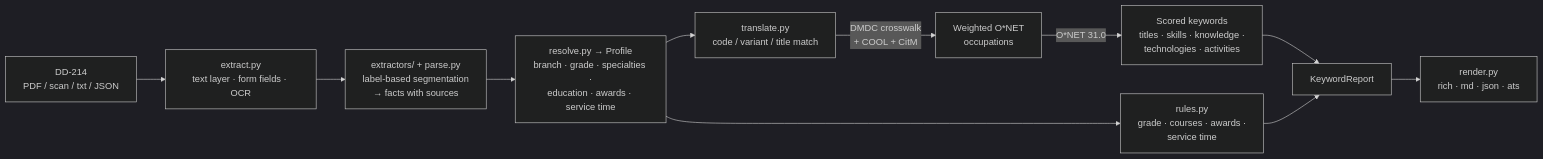
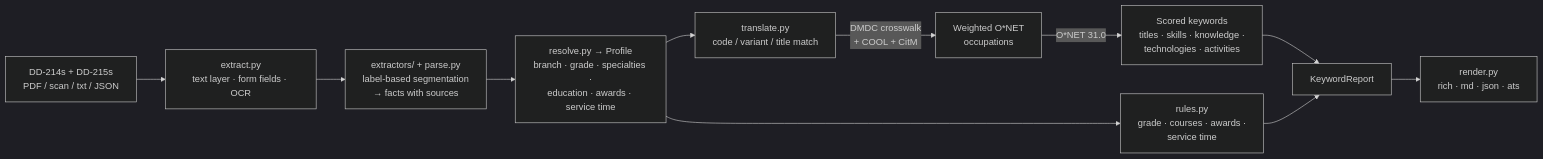
One commit to reh3376/v2c-translator changed the diagram in README.md. Above: the diagram before and after it, drawn with Mermaid (dark theme). The commit also changed other lines of this file and 1 other file, not shown here.

````diff
--- a/README.md
+++ b/README.md
@@ -321,13 +329,13 @@
 ```mermaid
 flowchart LR
-    A[DD-214<br/>PDF / scan / txt / JSON] --> B[extract.py<br/>text layer · form fields · OCR]
+    A[DD-214s + DD-215s<br/>PDF / scan / txt / JSON] --> B[extract.py<br/>text layer · form fields · OCR]
     B --> C[extractors/ + parse.py<br/>label-based segmentation<br/>→ facts with sources]
     C --> D[resolve.py → Profile<br/>branch · grade · specialties ·<br/>education · awards · service time]
     D --> E[translate.py<br/>code / variant / title match]
     E -->|DMDC crosswalk<br/>+ COOL + CitM| F[Weighted O*NET<br/>occupations]
     F -->|O*NET 31.0| G[Scored keywords<br/>titles · skills · knowledge ·<br/>technologies · activities]
     D --> H[rules.py<br/>grade · courses · awards ·<br/>service time]
     G --> I[KeywordReport]
     H --> I
     I --> J[render.py<br/>rich · md · json · ats]
 ```
````
